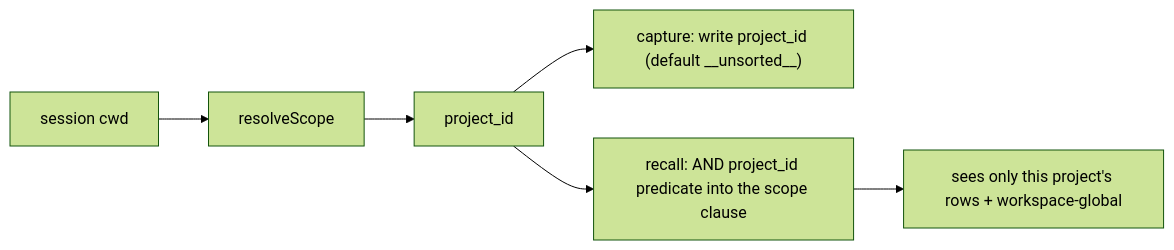
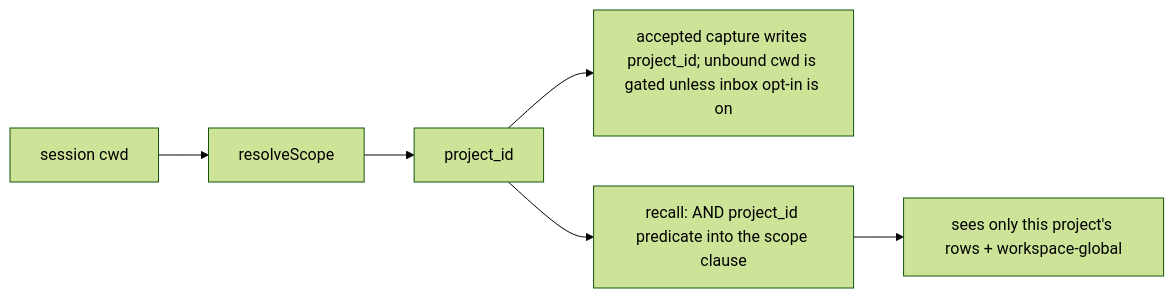
The third of 3 diagrams in library/knowledge/private/architecture/multi-project-and-context-switching.md (legioncodeinc/honeycomb), drawn with Mermaid (forest theme) before and after one commit. The commit also changed other lines of this file and 279 other files, not shown here.

````diff
--- a/library/knowledge/private/architecture/multi-project-and-context-switching.md
+++ b/library/knowledge/private/architecture/multi-project-and-context-switching.md
@@ -101,8 +100,8 @@
 ```mermaid
 flowchart LR
     cwd["session cwd"] --> resolve["resolveScope"]
     resolve --> pid["project_id"]
-    pid --> capture["capture: write project_id (default __unsorted__)"]
+    pid --> capture["accepted capture writes project_id; unbound cwd is gated unless inbox opt-in is on"]
     pid --> recall["recall: AND project_id predicate into the scope clause"]
     recall --> narrow["sees only this project's rows + workspace-global"]
 ```
````
